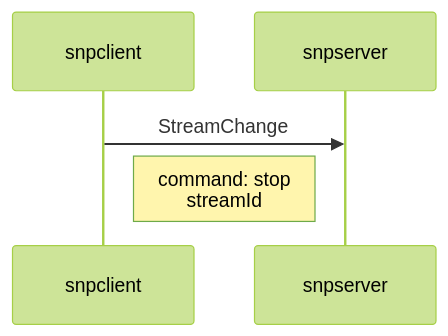
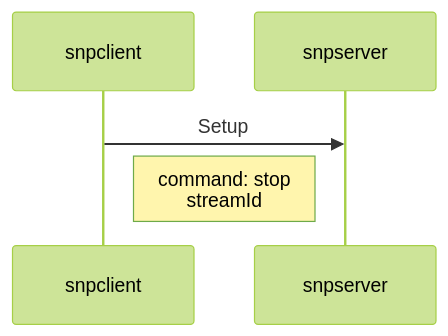
The fifth of 6 diagrams in README.md (martin19/snpserver), drawn with Mermaid (forest theme) before and after one commit. The commit also changed other lines of this file and 1 other file, not shown here.

````diff
--- a/README.md
+++ b/README.md
@@ -124,7 +118,7 @@
 ```mermaid
 sequenceDiagram    
     participant snpclient
     participant snpserver
-    snpclient->>snpserver: StreamChange    
+    snpclient->>snpserver: Setup    
     Note right of snpclient: command: stop <br> streamId
 ```
````
